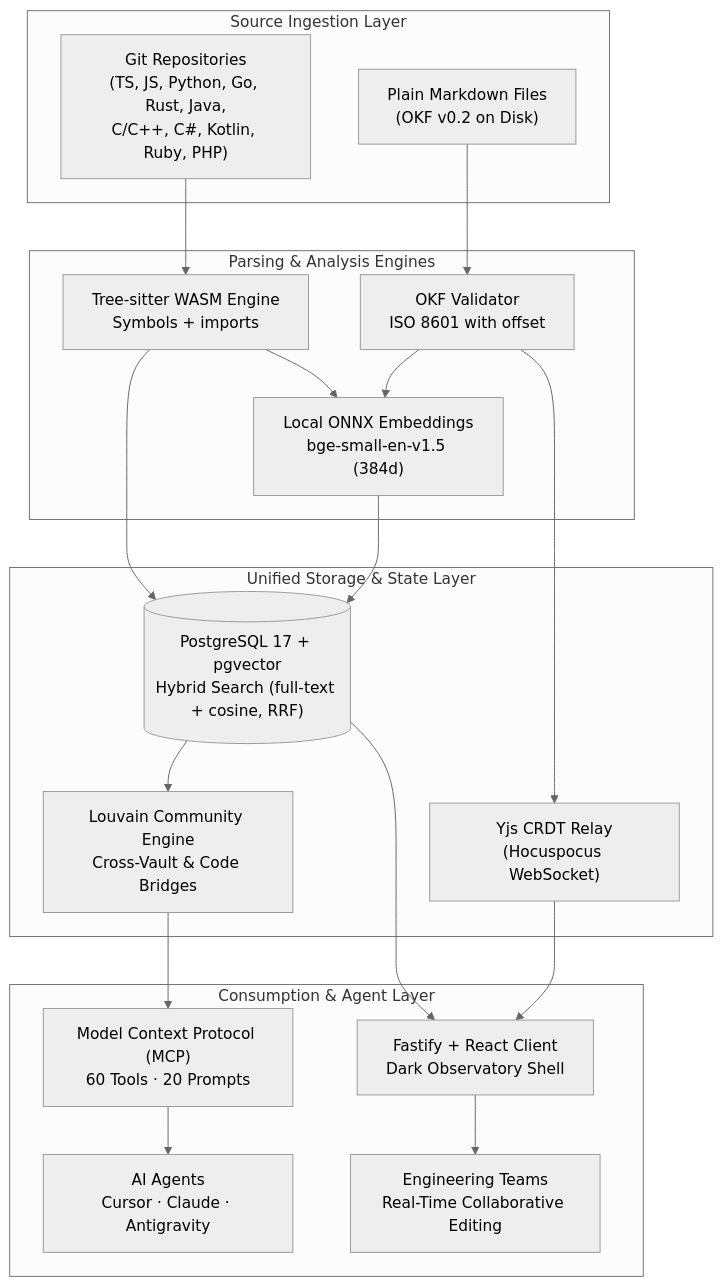
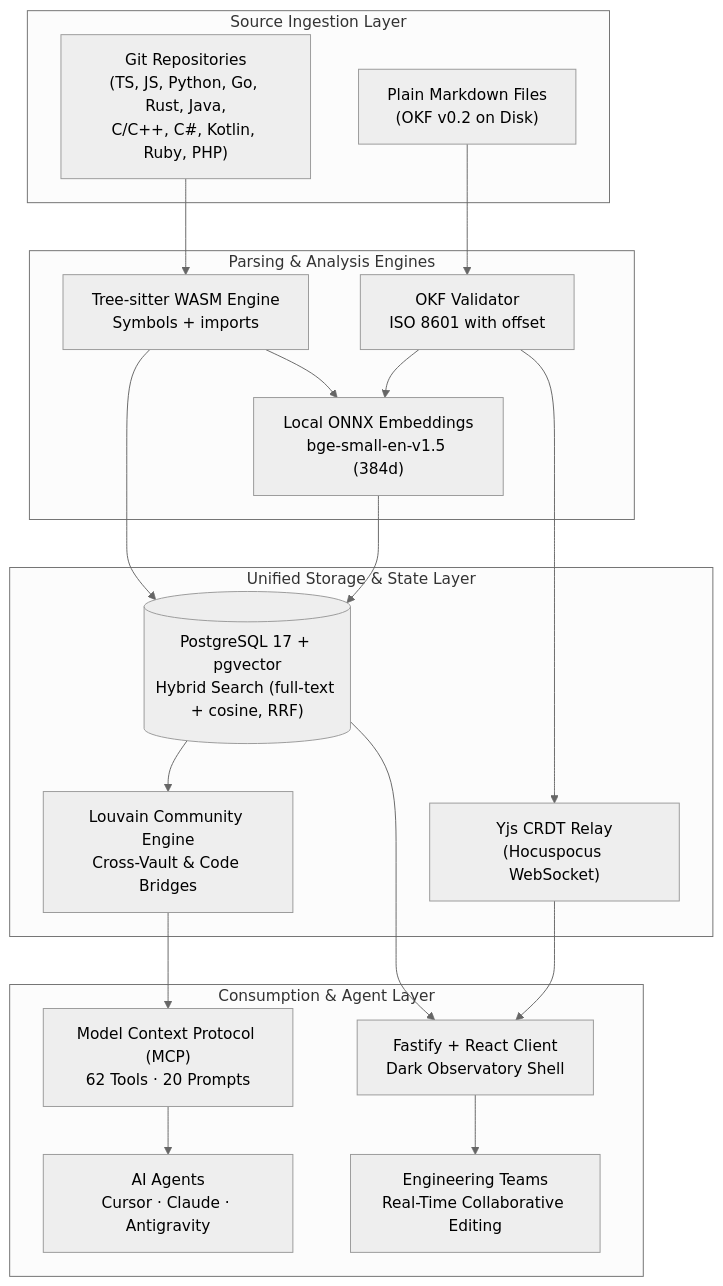
Before and after one commit to PIIIX-org/chapters: the diagram in README.md, drawn with Mermaid (neutral theme). The commit also changed other lines of this file and 9 other files, not shown here.

````diff
--- a/README.md
+++ b/README.md
@@ -57,40 +57,40 @@
 ```mermaid
 flowchart TD
   subgraph Ingestion ["Source Ingestion Layer"]
     MD["Plain Markdown Files\n(OKF v0.2 on Disk)"]
     GIT["Git Repositories\n(TS, JS, Python, Go, Rust, Java,\nC/C++, C#, Kotlin, Ruby, PHP)"]
   end
 
   subgraph Processing ["Parsing & Analysis Engines"]
     OKF_P["OKF Validator\nISO 8601 with offset"]
     TS_P["Tree-sitter WASM Engine\nSymbols + imports"]
     EMB["Local ONNX Embeddings\nbge-small-en-v1.5 (384d)"]
   end
 
   subgraph Storage ["Unified Storage & State Layer"]
     PG[("PostgreSQL 17 + pgvector\nHybrid Search (full-text + cosine, RRF)")]
     YJS["Yjs CRDT Relay\n(Hocuspocus WebSocket)"]
     LOUVAIN["Louvain Community Engine\nCross-Vault & Code Bridges"]
   end
 
   subgraph Consumers ["Consumption & Agent Layer"]
-    MCP["Model Context Protocol (MCP)\n60 Tools · 20 Prompts"]
+    MCP["Model Context Protocol (MCP)\n62 Tools · 20 Prompts"]
     UI["Fastify + React Client\nDark Observatory Shell"]
     AGENTS["AI Agents\nCursor · Claude · Antigravity"]
     HUMANS["Engineering Teams\nReal-Time Collaborative Editing"]
   end
 
   MD --> OKF_P
   GIT --> TS_P
   OKF_P --> EMB
   TS_P --> EMB
   OKF_P --> YJS
   EMB --> PG
   TS_P --> PG
   PG --> LOUVAIN
   LOUVAIN --> MCP
   YJS --> UI
   PG --> UI
   MCP --> AGENTS
   UI --> HUMANS
 ```
````
